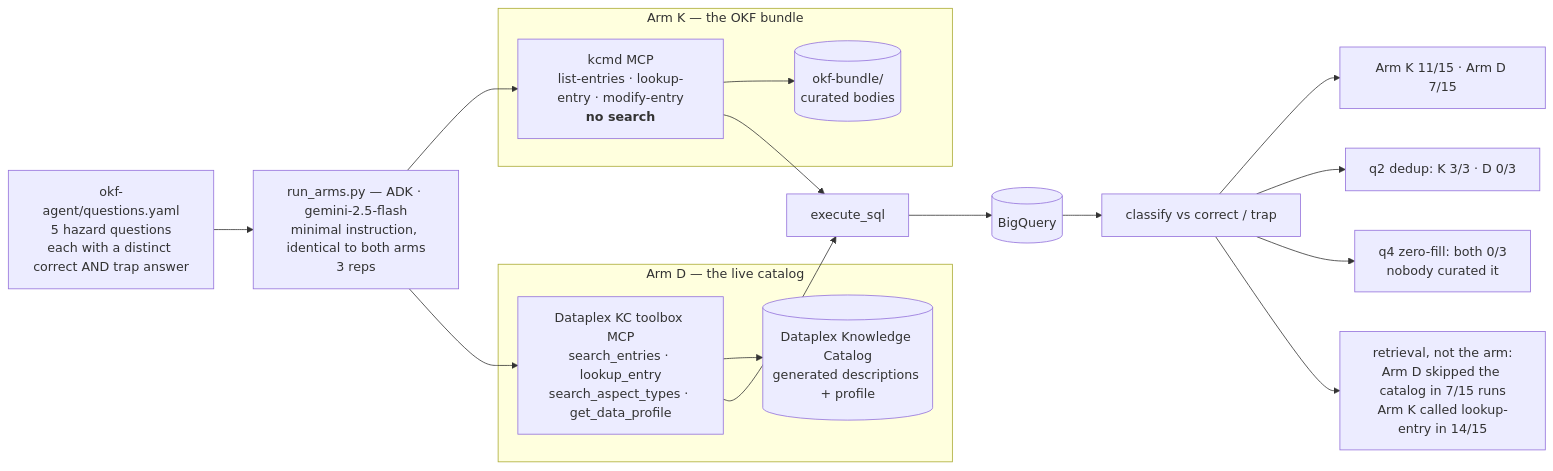
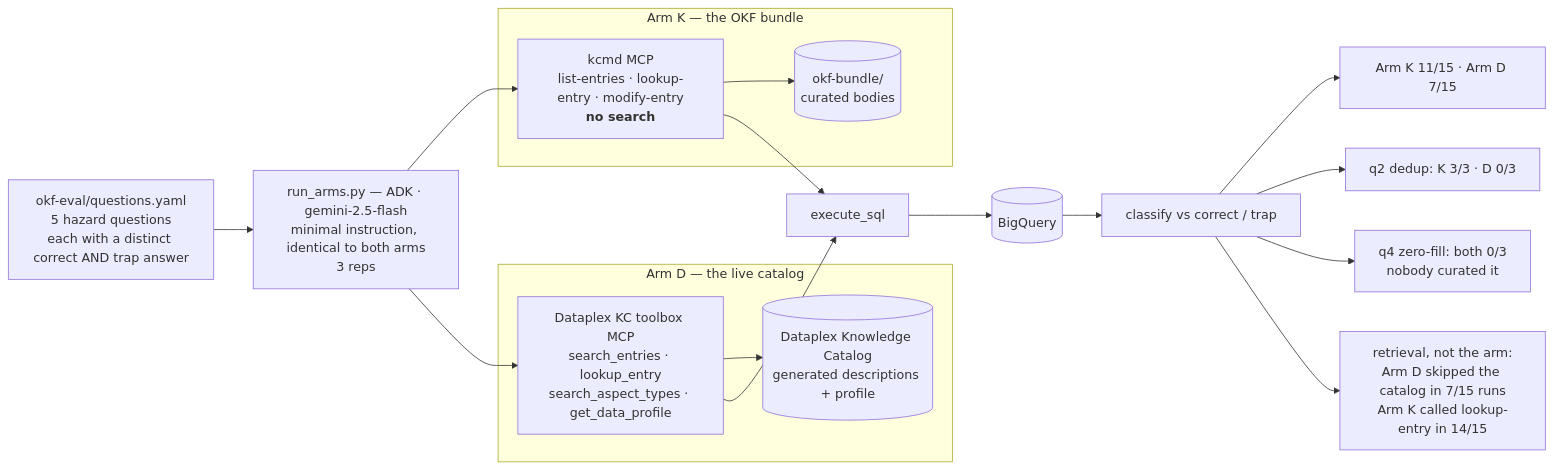
One commit to Royston88/okf-knowledge-catalog-agent-demo changed the second of 2 diagrams in docs/ARCHITECTURE.md. Above: the diagram before and after it, drawn with Mermaid. The commit also changed other lines of this file and 15 other files, not shown here.

First line of the commit message:
okf: make the two tracks coexist honestly — okf-eval, and what the planner does not replace

````diff
--- a/docs/ARCHITECTURE.md
+++ b/docs/ARCHITECTURE.md
@@ -116,31 +117,31 @@
 ```mermaid
 graph LR
-    Q["okf-agent/questions.yaml<br/>5 hazard questions<br/>each with a distinct correct AND trap answer"]
+    Q["okf-eval/questions.yaml<br/>5 hazard questions<br/>each with a distinct correct AND trap answer"]
     RUN["run_arms.py — ADK · gemini-2.5-flash<br/>minimal instruction, identical to both arms<br/>3 reps"]
 
     Q --> RUN
 
     subgraph ArmK ["Arm K — the OKF bundle"]
         KMCP["kcmd MCP<br/>list-entries · lookup-entry · modify-entry<br/><b>no search</b>"]
         KSRC[("okf-bundle/<br/>curated bodies")]
         KMCP --> KSRC
     end
 
     subgraph ArmD ["Arm D — the live catalog"]
         DMCP["Dataplex KC toolbox MCP<br/>search_entries · lookup_entry<br/>search_aspect_types · get_data_profile"]
         DSRC[("Dataplex Knowledge Catalog<br/>generated descriptions + profile")]
         DMCP --> DSRC
     end
 
     RUN --> KMCP
     RUN --> DMCP
     KMCP --> SQL["execute_sql"]
     DMCP --> SQL
     SQL --> BQ2[("BigQuery")]
     BQ2 --> SCORE["classify vs correct / trap"]
 
     SCORE --> R1["Arm K 11/15 · Arm D 7/15"]
     SCORE --> R2["q2 dedup: K 3/3 · D 0/3"]
     SCORE --> R3["q4 zero-fill: both 0/3<br/>nobody curated it"]
     SCORE --> R4["retrieval, not the arm:<br/>Arm D skipped the catalog in 7/15 runs<br/>Arm K called lookup-entry in 14/15"]
 ```
````
